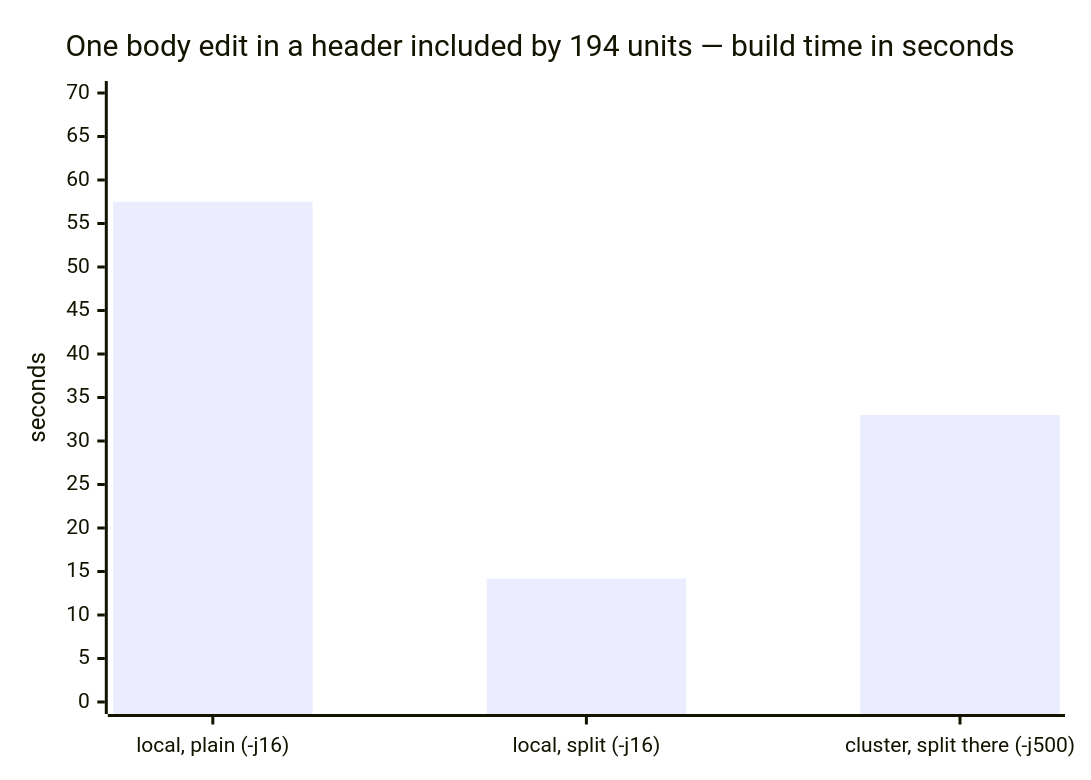
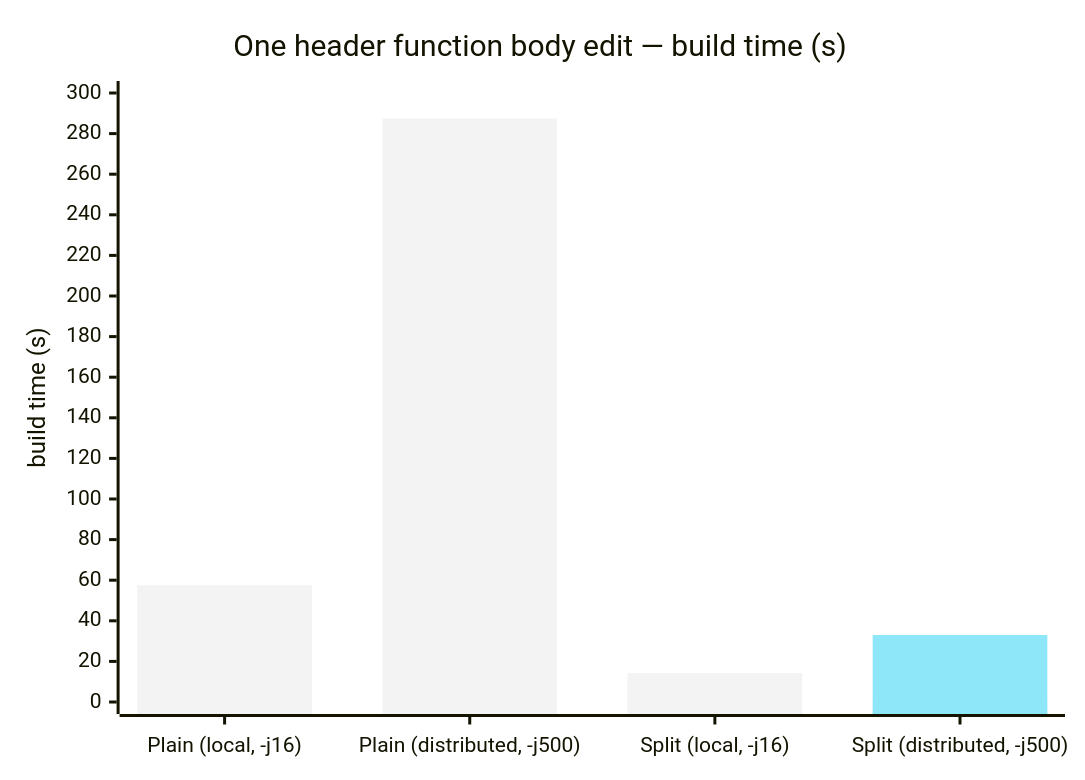
Before and after one commit to daminetreg/splitter: the second of 2 diagrams in blog_boost_spirit_test_suite.md, drawn with Mermaid. The commit also changed other lines of this file and 1 other file, not shown here.

Commit message:
:lipstick: colour the closing chart, and give it a build-only plain distributed bar
Two series on one xychart: a neutral base and a highlighted one for the split produced on the
cluster, using the palette trick of pushing the other series' values off the axis.

The fourth bar needed a build-only figure. The plain distributed rows were re-run on their own:
287.4s for the body edit, 271 compiles executed. That row has now read between 118s and 287s
across runs while executing the same 271 compiles; the caveat records it.

Claude-Session: https://claude.ai/code/session_01S1wCcAb4FeYEQL5j1HipRV

````diff
--- a/blog_boost_spirit_test_suite.md
+++ b/blog_boost_spirit_test_suite.md
@@ -160,7 +160,18 @@
 ```mermaid
-xychart-beta
-    title "One body edit in a header included by 194 units — build time in seconds"
-    x-axis ["local, plain (-j16)", "local, split (-j16)", "cluster, split there (-j500)"]
-    y-axis "seconds" 0 --> 70
-    bar [57.5, 14.2, 33.0]
+---
+config:
+  themeVariables:
+    xyChart:
+      plotColorPalette: '#f3f3f3, #8de7f9'
+---
+xychart
+    title "One header function body edit — build time (s)"
+    x-axis ["Plain (local, -j16)", "Plain (distributed, -j500)", "Split (local, -j16)", "Split (distributed, -j500)"]
+    y-axis "build time (s)" 0 --> 300
+
+    %% neutral base
+    bar [57.5, 287.4, 14.2, 0]
+
+    %% the split produced on the cluster, highlighted
+    bar [-300, -300, -300, 33.0]
 ```
````
